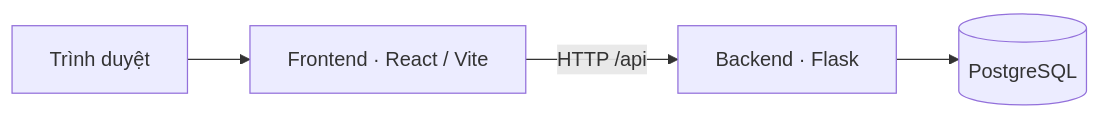
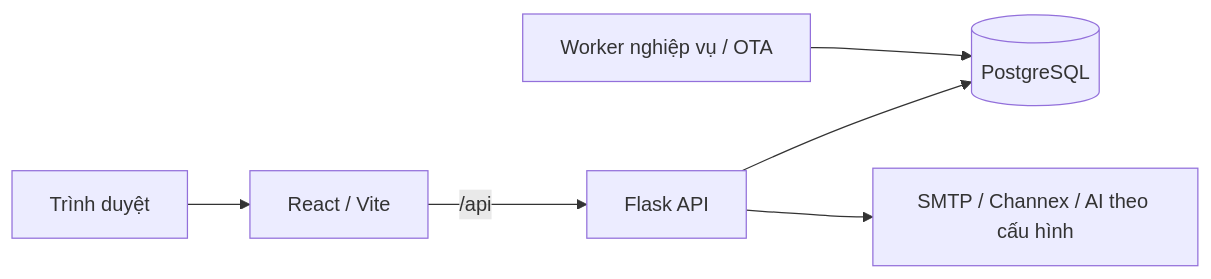
Before and after one commit to dinhythuc240594/pms_project: the diagram in README.md, drawn with Mermaid. The commit also changed other lines of this file and 4 other files, not shown here.

````diff
--- a/README.md
+++ b/README.md
@@ -19,6 +17,8 @@
 ```mermaid
 flowchart LR
-    Browser["Trình duyệt"] --> Frontend["Frontend · React / Vite"]
-    Frontend -->|HTTP /api| Backend["Backend · Flask"]
+    Browser["Trình duyệt"] --> Frontend["React / Vite"]
+    Frontend -->|"/api"| Backend["Flask API"]
     Backend --> Database[(PostgreSQL)]
+    Worker["Worker nghiệp vụ / OTA"] --> Database
+    Backend --> Services["SMTP / Channex / AI theo cấu hình"]
 ```
````
